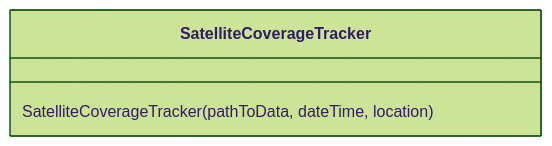
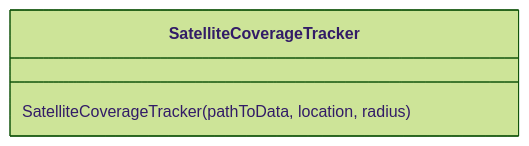
The first of 12 diagrams in README.md (brosenthal140/satellite-coverage-tracker), drawn with Mermaid (forest theme) before and after one commit. The commit also changed other lines of this file and 2 other files, not shown here.

Commit message:
- refactor: adds common _observations member var docs: updated README.md - refactor: adds pointers to two models and initializes the model - refactor: adds destructor

````diff
--- a/README.md
+++ b/README.md
@@ -20,6 +20,6 @@
 ```mermaid
 classDiagram
 class SatelliteCoverageTracker {
-    SatelliteCoverageTracker(pathToData, dateTime, location)
+    SatelliteCoverageTracker(pathToData, location, radius)
 }
 ```
````
